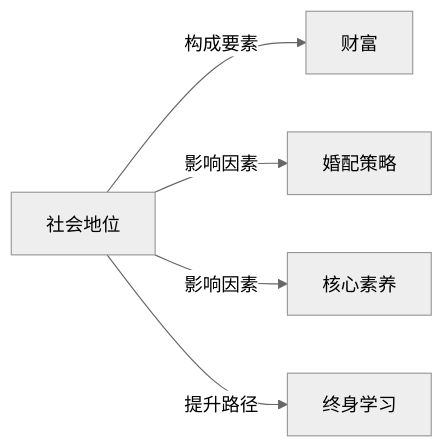
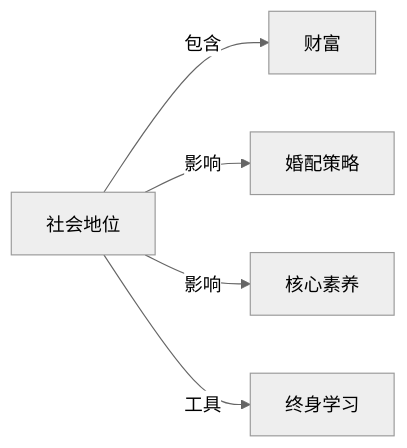
The diagram in Knowledge/Concepts/社会学/社会地位.md (KIMMCHOW/MyKnowledge), drawn with Mermaid (neutral theme) before and after one commit. The commit also changed 95 other files, not shown here.

Commit message:
reorganize: 统一关系图边标签为11类

````diff
--- a/Knowledge/Concepts/社会学/社会地位.md
+++ b/Knowledge/Concepts/社会学/社会地位.md
@@ -42,7 +42,7 @@
 ```mermaid
 graph LR
-社会地位 -->|构成要素| 财富
-社会地位 -->|影响因素| 婚配策略
-社会地位 -->|影响因素| 核心素养
-社会地位 -->|提升路径| 终身学习
+社会地位 -->|包含| 财富
+社会地位 -->|影响| 婚配策略
+社会地位 -->|影响| 核心素养
+社会地位 -->|工具| 终身学习
 ```
````
